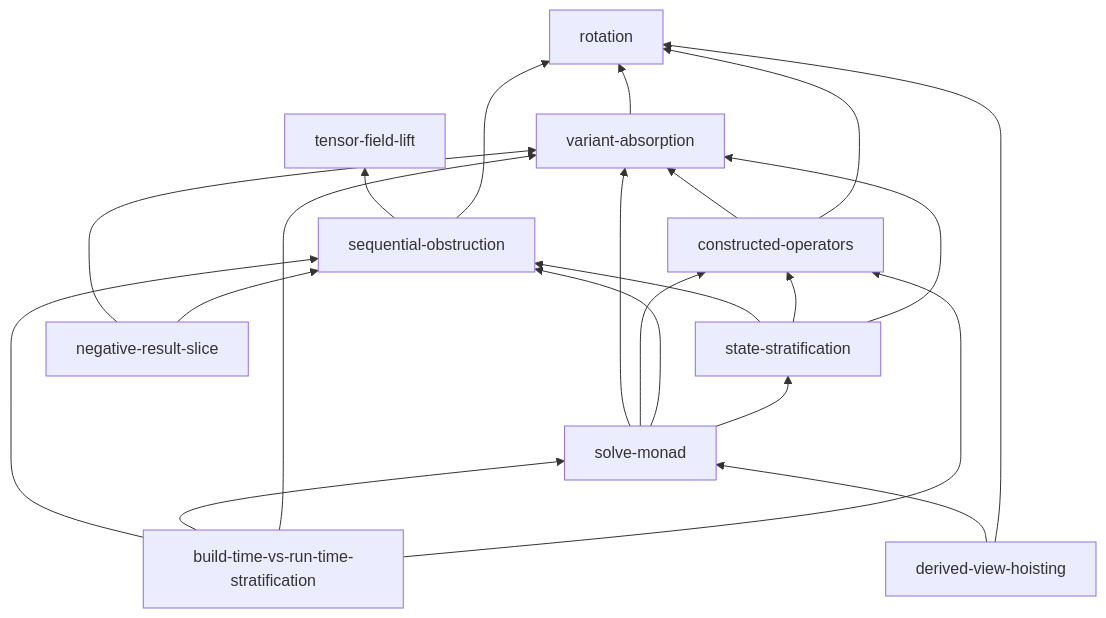
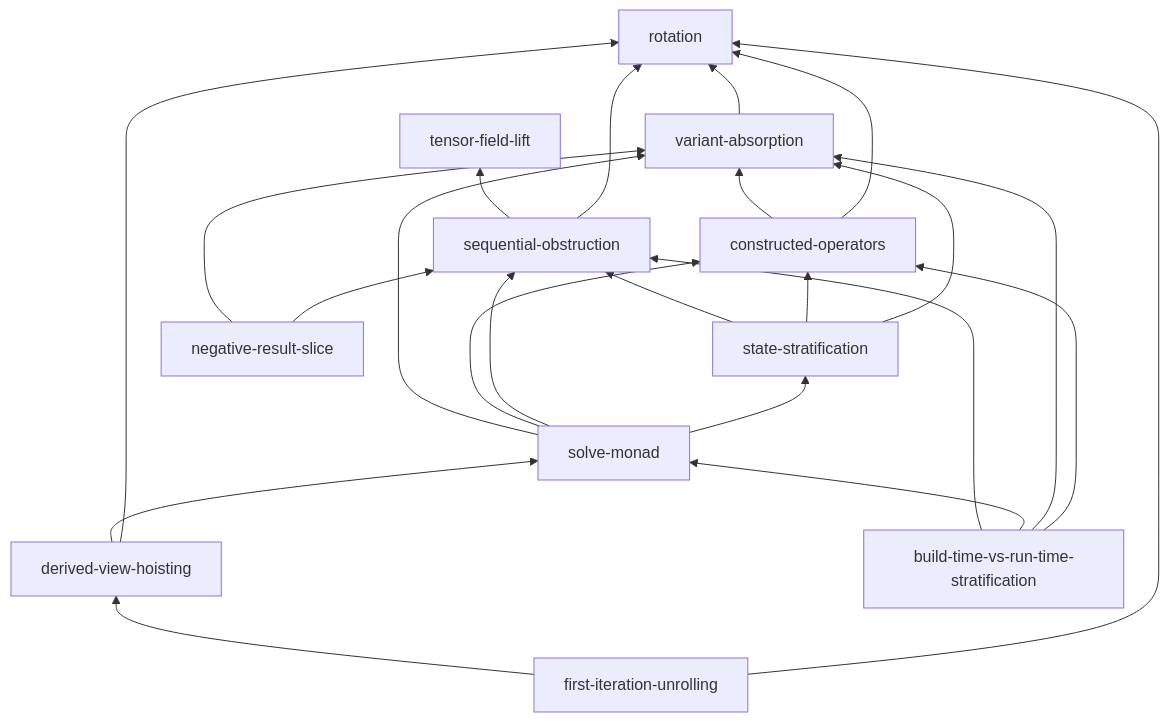
The first of 6 diagrams in book/src/concepts/dependency-map.md (crutcher/palace_whiteroom), drawn with Mermaid before and after one commit. The commit also changed other lines of this file and 11 other files, not shown here.

````diff
--- a/book/src/concepts/dependency-map.md
+++ b/book/src/concepts/dependency-map.md
@@ -24,23 +24,25 @@
 ```mermaid
 graph BT
   variant-absorption --> rotation
   constructed-operators --> rotation
   constructed-operators --> variant-absorption
   sequential-obstruction --> rotation
   sequential-obstruction --> tensor-field-lift
   state-stratification --> variant-absorption
   state-stratification --> constructed-operators
   state-stratification --> sequential-obstruction
   solve-monad --> state-stratification
   solve-monad --> sequential-obstruction
   solve-monad --> constructed-operators
   solve-monad --> variant-absorption
   derived-view-hoisting --> rotation
   derived-view-hoisting --> solve-monad
   negative-result-slice --> sequential-obstruction
   negative-result-slice --> variant-absorption
   build-time-vs-run-time-stratification --> constructed-operators
   build-time-vs-run-time-stratification --> variant-absorption
   build-time-vs-run-time-stratification --> solve-monad
   build-time-vs-run-time-stratification --> sequential-obstruction
+  first-iteration-unrolling --> rotation
+  first-iteration-unrolling --> derived-view-hoisting
 ```
````
